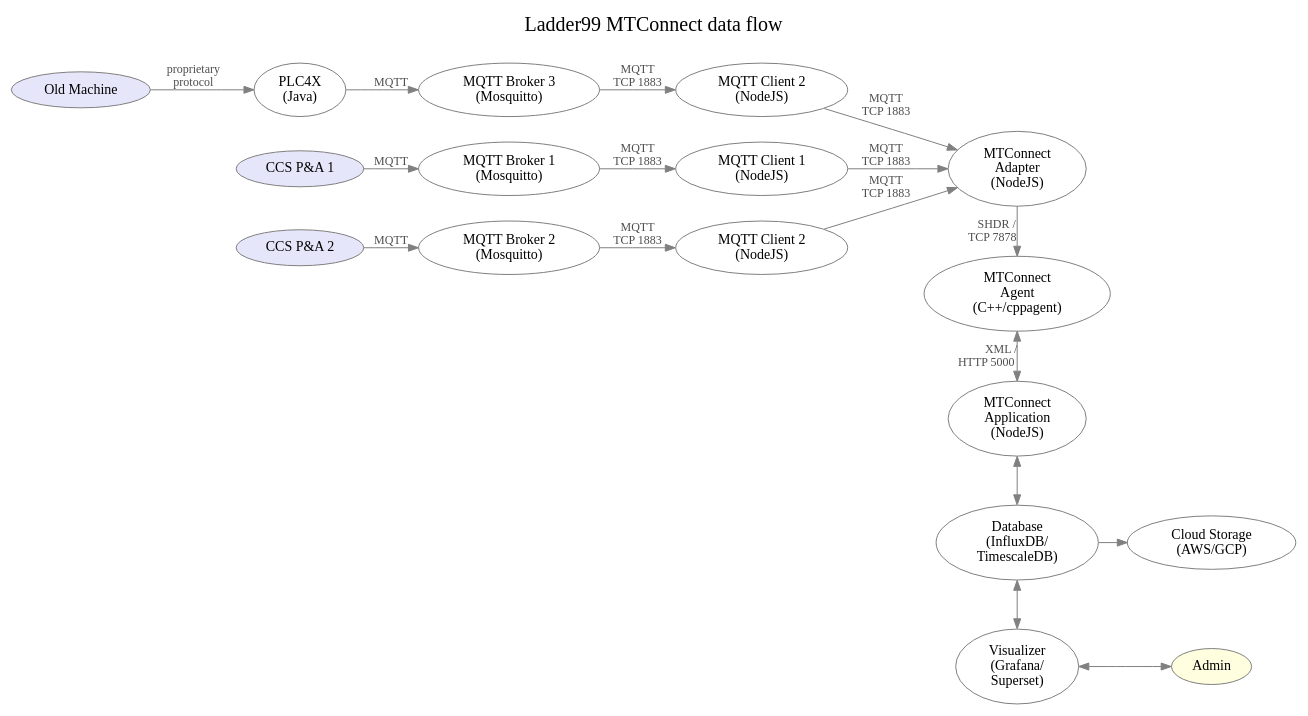
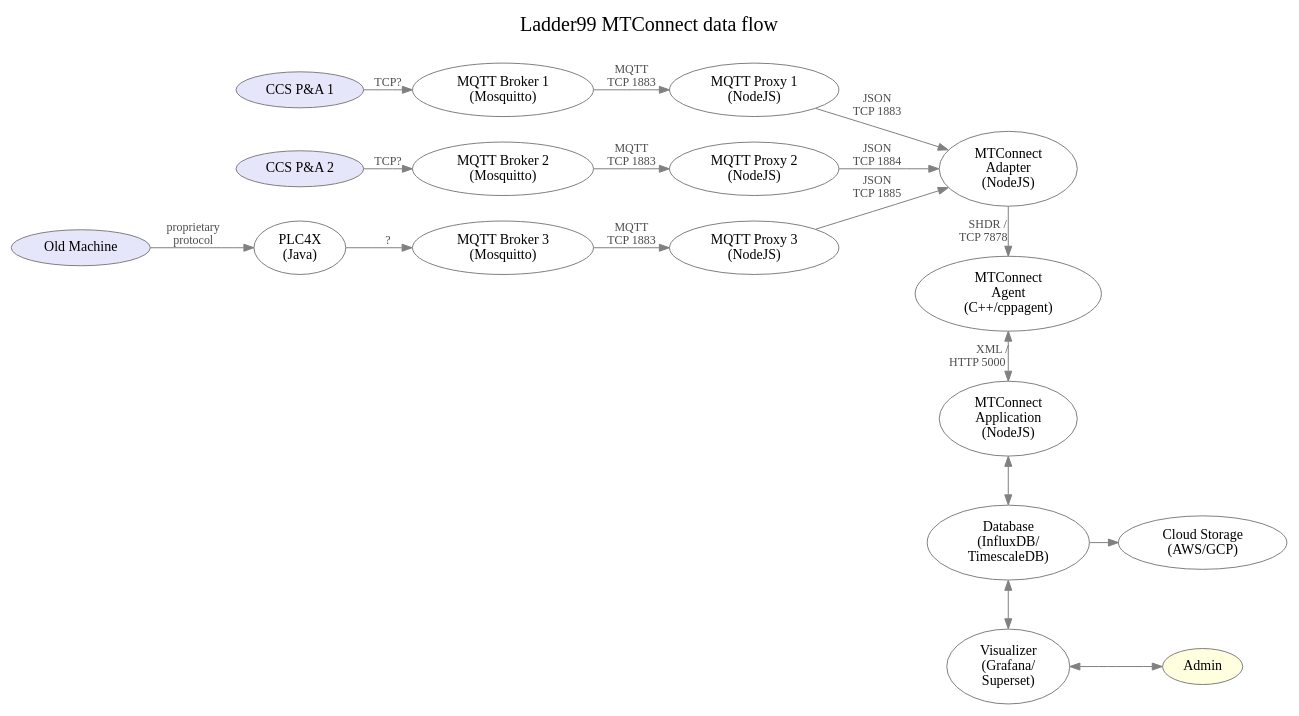
Before and after one commit to Ladder99/ladder99: the diagram in docs/architecture.dot, drawn with Graphviz. The commit also changed 1 other file, not shown here.

```diff
--- a/docs/architecture.dot
+++ b/docs/architecture.dot
@@ -1,80 +1,80 @@
 digraph "ladder99-adapter" {
 
   // styles
   graph [ label="Ladder99 MTConnect data flow\n "; color=lightgray; ];
   graph [ fontsize=20 ];
   graph [ labelloc=t ];
   graph [ ranksep=0.2 ];
   graph [ nodesep=0.35 ];
   graph [ rankdir=LR; ] // left-to-right
   node [ color=gray; fillcolor=white; style=filled ];
   edge [ color=gray ];
   edge [ fontsize=12; fontcolor=gray30; ];
 
   // nodes
+  PA1 [ fillcolor=lavender; label="CCS P&A 1" ];
+  PA2 [ fillcolor=lavender; label="CCS P&A 2" ];
   OldMachine [ fillcolor=lavender; label="Old Machine" ];
   PLC4X [ label="PLC4X\n(Java)" ];
-  PA1 [ fillcolor=lavender; label="CCS P&A 1" ];
-  PA2 [ fillcolor=lavender; label="CCS P&A 2" ];
   Broker1 [ label="MQTT Broker 1\n(Mosquitto)" ];
   Broker2 [ label="MQTT Broker 2\n(Mosquitto)" ];
   Broker3 [ label="MQTT Broker 3\n(Mosquitto)" ];
-  Client1 [ label="MQTT Client 1\n(NodeJS)" ];
-  Client2 [ label="MQTT Client 2\n(NodeJS)" ];
-  Client3 [ label="MQTT Client 2\n(NodeJS)" ];
+  Proxy1 [ label="MQTT Proxy 1\n(NodeJS)" ];
+  Proxy2 [ label="MQTT Proxy 2\n(NodeJS)" ];
+  Proxy3 [ label="MQTT Proxy 3\n(NodeJS)" ];
   Adapter [ label="MTConnect\nAdapter\n(NodeJS)" ];
   // Device1Sheet [ fillcolor=greenyellow; label="device1.sheet" ];
   // Device1Yaml [ fillcolor=greenyellow; label="device1.yaml" ];
   // Device1Js [ label="device1.js" ];
   // Device2Sheet [ fillcolor=greenyellow; label="device2.sheet" ];
   // Device2Yaml [ fillcolor=greenyellow; label="device2.yaml" ];
   // Device2Js [ label="device2.js" ];
   // DiodeSender [ label="Diode Sender\n(Java+RabbitMQ)" ];
   // DiodeReceiver [ label="Diode Receiver\n(Java+RabbitMQ)" ];
   // DevicesXml [ label="devices.xml" ];
   Agent [ label="MTConnect\nAgent\n(C++/cppagent)" ];
   Application [ label="MTConnect\nApplication\n(NodeJS)" ];
   Database [ label="Database\n(InfluxDB/\nTimescaleDB)" ];
   Visualizer [ label="Visualizer\n(Grafana/\nSuperset)" ];
   Cloud [ label="Cloud Storage\n(AWS/GCP)" ];
   Admin [ fillcolor=lightyellow ];
   // LOI [ label="LOI\n(SvelteJS)" ];
   // Operator [ fillcolor=lightyellow ];
 
   // edges
+  PA1 -> Broker1 [ label="TCP?" ];
+  PA2 -> Broker2 [ label="TCP?" ];
   OldMachine -> PLC4X [ label="proprietary\nprotocol" ];
-  PLC4X -> Broker3 [ label="MQTT" ];
-  PA1 -> Broker1 [ label="MQTT" ];
-  PA2 -> Broker2 [ label="MQTT" ];
-  Broker1 -> Client1 [ label="MQTT\nTCP 1883" ];
-  Broker2 -> Client2 [ label="MQTT\nTCP 1883" ];
-  Broker3 -> Client3 [ label="MQTT\nTCP 1883" ];
-  Client1 -> Adapter [ label="MQTT\nTCP 1883" ];
-  Client2 -> Adapter [ label="MQTT\nTCP 1883" ];
-  Client3 -> Adapter [ label="MQTT\nTCP 1883" ];
+  PLC4X -> Broker3 [ label="?" ];
+  Broker1 -> Proxy1 [ label="MQTT\nTCP 1883" ];
+  Broker2 -> Proxy2 [ label="MQTT\nTCP 1883" ];
+  Broker3 -> Proxy3 [ label="MQTT\nTCP 1883" ];
+  Proxy1 -> Adapter [ label="JSON\nTCP 1883" ];
+  Proxy2 -> Adapter [ label="JSON\nTCP 1884" ];
+  Proxy3 -> Adapter [ label="JSON\nTCP 1885" ];
   Adapter -> Agent [ label="SHDR /   \nTCP 7878      " ];
   // Device1Sheet -> Device1Yaml [ label="feeds into" ];
   // Device1Yaml -> Device1Js [ label="generates" ];
-  // Device1Js -> Client1 [ label="used by" ];
+  // Device1Js -> Proxy1 [ label="used by" ];
   // Device2Sheet -> Device2Yaml [ label="feeds into" ];
   // Device2Yaml -> Device2Js [ label="generates" ];
-  // Device2Js -> Client2 [ label="used by" ];
+  // Device2Js -> Proxy2 [ label="used by" ];
   // Device1Yaml -> DevicesXml [ label="generates" ];
   // Device2Yaml -> DevicesXml [ label="generates" ];
   // DiodeSender -> DiodeReceiver [ label="UDP    " ];
   // DiodeReceiver -> Agent [ label="SHDR /    \nTCP 7878        " ];
   // Adapter -> Agent [ label="SHDR/\nTCP 7878" ];
   // DevicesXml -> Agent [ label="used by" ];
   Agent -> Application [ dir=both; label="XML / \nHTTP 5000          " ];
   Application -> Database [ dir=both ];
   Database -> Visualizer [ dir=both ];
   Database -> Cloud;
   Visualizer -> Admin [ dir=both ];
   // Application -> LOI;
   // LOI -> Operator;
 
   // rank
   // { rank=same; DiodeSender DiodeReceiver Agent Application Database Visualizer };
   { rank=same; Adapter Agent Application Database Visualizer };
   { rank=same; Cloud Admin };
 }
```
